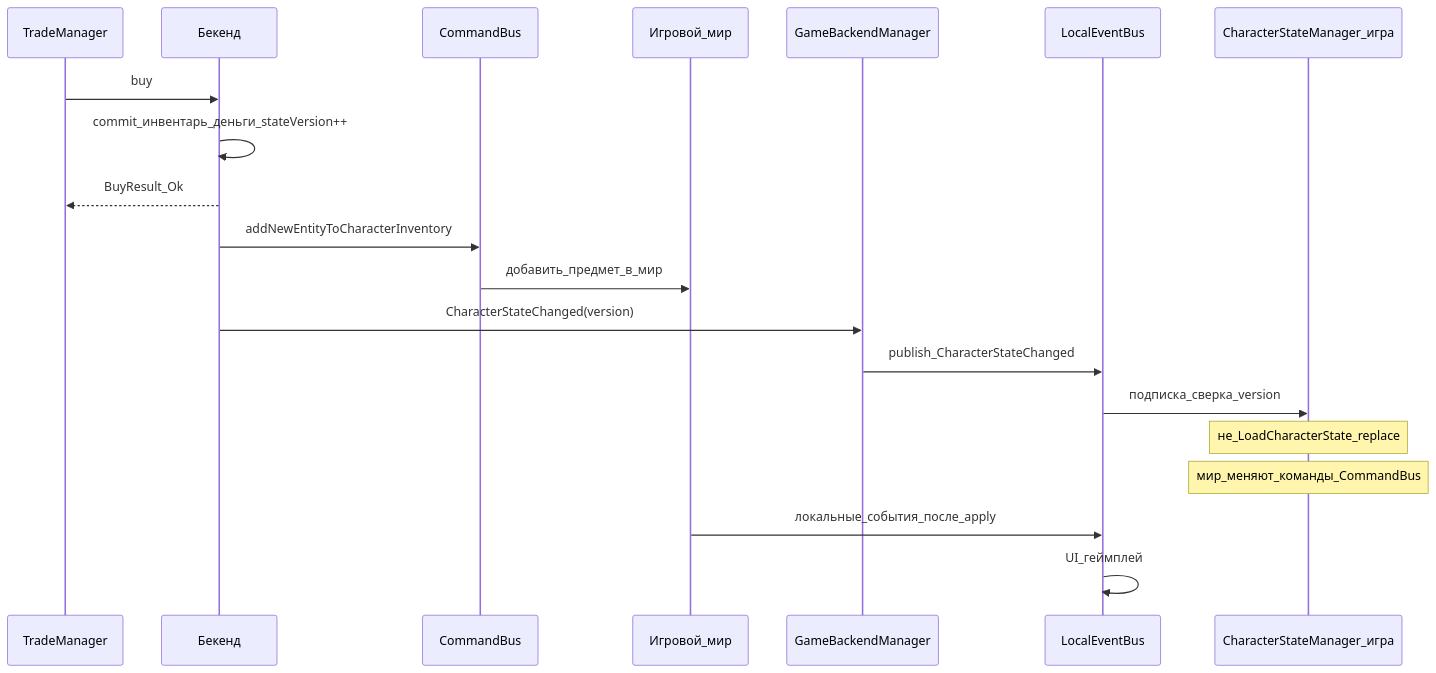
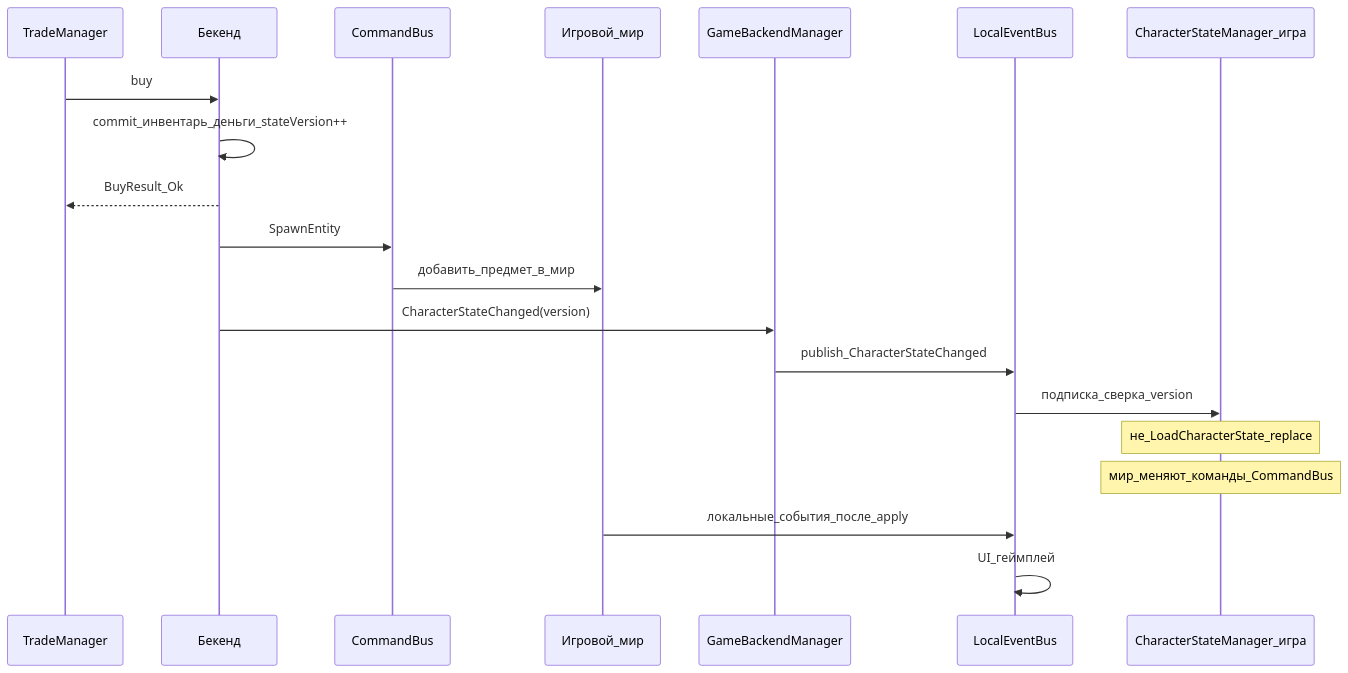
One commit to EvGenius91/arma-r-arch changed the third of 3 diagrams in Architecture/CharacterStateManager (черновик) 3.md. Above: the diagram before and after it, drawn with Mermaid. The commit also changed other lines of this file and 6 other files, not shown here.

````diff
--- a/Architecture/CharacterStateManager (черновик) 3.md
+++ b/Architecture/CharacterStateManager (черновик) 3.md
@@ -392,23 +392,23 @@
 ```mermaid
 sequenceDiagram
     participant Trade as TradeManager
     participant BE as Бекенд
     participant CB as CommandBus
     participant World as Игровой_мир
     participant Bridge as GameBackendManager
     participant LEB as LocalEventBus
     participant CSM as CharacterStateManager_игра
 
     Trade->>BE: buy
     BE->>BE: commit_инвентарь_деньги_stateVersion++
     BE-->>Trade: BuyResult_Ok
-    BE->>CB: addNewEntityToCharacterInventory
+    BE->>CB: SpawnEntity
     CB->>World: добавить_предмет_в_мир
     BE->>Bridge: CharacterStateChanged(version)
     Bridge->>LEB: publish_CharacterStateChanged
     LEB->>CSM: подписка_сверка_version
     Note over CSM: не_LoadCharacterState_replace
     Note over CSM: мир_меняют_команды_CommandBus
     World->>LEB: локальные_события_после_apply
     LEB->>LEB: UI_геймплей
 ```
````
